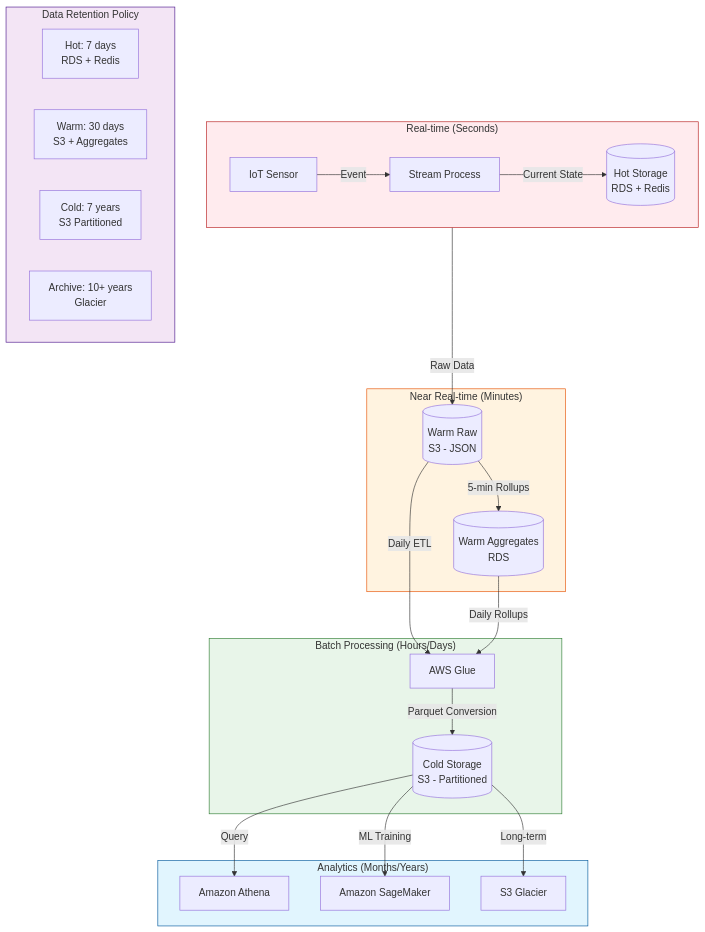
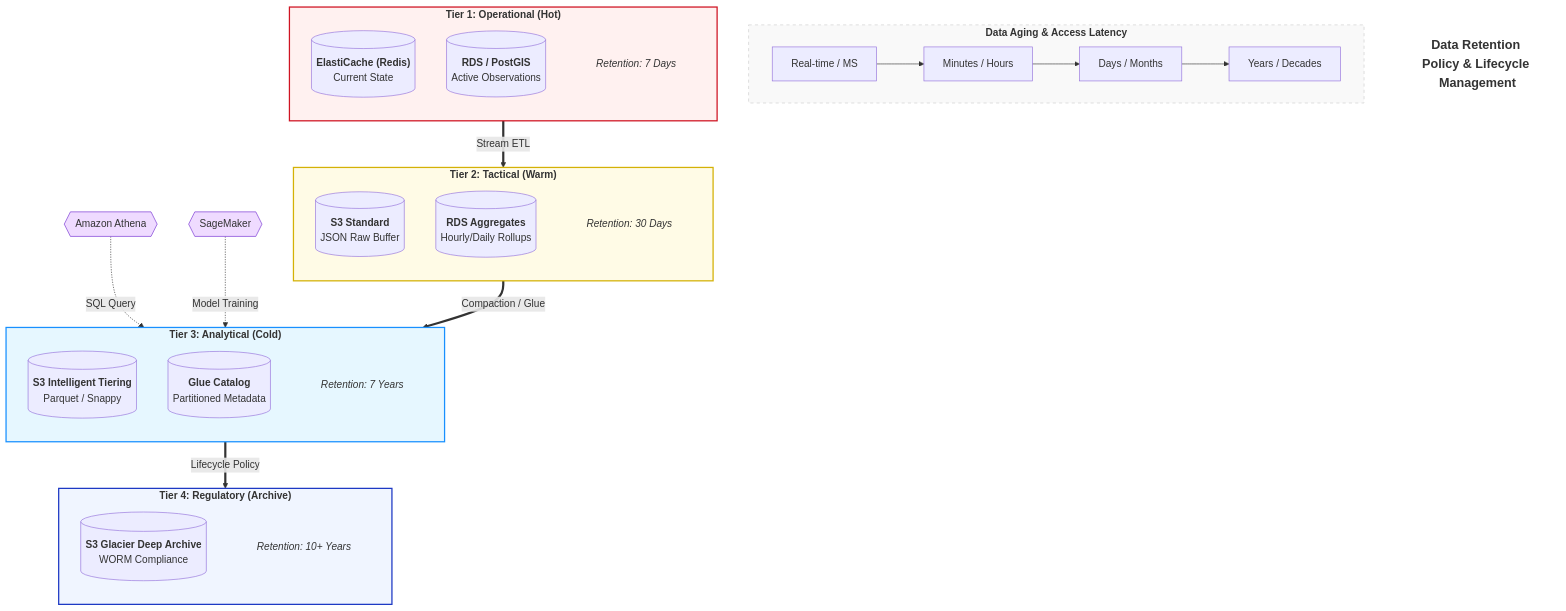
Before and after one commit to miguel-tronix/traific: the diagram in docs/data-retention-mermaid.mmd, drawn with Mermaid. The commit also changed 5 other files, not shown here.

Commit message:
architecture: add mermaid diagrams

```diff
--- a/docs/data-retention-mermaid.mmd
+++ b/docs/data-retention-mermaid.mmd
@@ -1,39 +1,62 @@
 graph TD
-    %% Time-based data flow
-    subgraph Realtime ["Real-time (Seconds)"]
+    %% Global Title
+    title["<b>Data Retention Policy & Lifecycle Management</b>"]
+    style title fill:#ffffff,stroke:none,font-size:20px
+
+    %% Timeline/Latency Guide
+    subgraph Timeline ["<b>Data Aging & Access Latency</b>"]
         direction LR
-        Sensor[IoT Sensor] -->|Event| Process[Stream Process]
-        Process -->|Current State| Hot[(Hot Storage\nRDS + Redis)]
+        T1[Real-time / MS] --> T2[Minutes / Hours] --> T3[Days / Months] --> T4[Years / Decades]
+    end
+    style Timeline fill:#f9f9f9,stroke:#ccc,stroke-dasharray: 5 5
+
+    %% Data Tiers
+    subgraph Hot ["<b>Tier 1: Operational (Hot)</b>"]
+        direction TB
+        H1[("<b>ElastiCache (Redis)</b><br/>Current State")]
+        H2[("<b>RDS / PostGIS</b><br/>Active Observations")]
+        noteH["Retention: 7 Days"]
     end
 
-    subgraph NearRealtime ["Near Real-time (Minutes)"]
-        Process -->|Raw Data| WarmRaw[(Warm Raw\nS3 - JSON)]
-        WarmRaw -->|5-min Rollups| WarmAgg[(Warm Aggregates\nRDS)]
+    subgraph Warm ["<b>Tier 2: Tactical (Warm)</b>"]
+        direction TB
+        W1[("<b>S3 Standard</b><br/>JSON Raw Buffer")]
+        W2[("<b>RDS Aggregates</b><br/>Hourly/Daily Rollups")]
+        noteW["Retention: 30 Days"]
     end
 
-    subgraph Batch ["Batch Processing (Hours/Days)"]
-        WarmRaw -->|Daily ETL| ETL[AWS Glue]
-        WarmAgg -->|Daily Rollups| ETL
-        ETL -->|Parquet Conversion| Cold[(Cold Storage\nS3 - Partitioned)]
+    subgraph Cold ["<b>Tier 3: Analytical (Cold)</b>"]
+        direction TB
+        C1[("<b>S3 Intelligent Tiering</b><br/>Parquet / Snappy")]
+        C2[("<b>Glue Catalog</b><br/>Partitioned Metadata")]
+        noteC["Retention: 7 Years"]
     end
 
-    subgraph Analytics ["Analytics (Months/Years)"]
-        Cold -->|Query| Athena[Amazon Athena]
-        Cold -->|ML Training| SageMaker[Amazon SageMaker]
-        Cold -->|Long-term| Glacier[S3 Glacier]
+    subgraph Archive ["<b>Tier 4: Regulatory (Archive)</b>"]
+        direction TB
+        A1[("<b>S3 Glacier Deep Archive</b><br/>WORM Compliance")]
+        noteA["Retention: 10+ Years"]
     end
 
-    subgraph DataRetention ["Data Retention Policy"]
-        direction LR
-        P1["Hot: 7 days\nRDS + Redis"]
-        P2["Warm: 30 days\nS3 + Aggregates"]
-        P3["Cold: 7 years\nS3 Partitioned"]
-        P4["Archive: 10+ years\nGlacier"]
-    end
+    %% Movement / ETL Logic
+    H2 ==>|Stream ETL| W1
+    W1 ==>|Compaction / Glue| C1
+    C1 ==>|Lifecycle Policy| A1
 
-    %% Styling
-    style Realtime fill:#ffebee,stroke:#b71c1c
-    style NearRealtime fill:#fff3e0,stroke:#e65100
-    style Batch fill:#e8f5e9,stroke:#2e7d32
-    style Analytics fill:#e1f5fe,stroke:#01579b
-    style DataRetention fill:#f3e5f5,stroke:#4a148c
+    %% Analytics Access
+    Athena{{Amazon Athena}} -.->|SQL Query| C1
+    SageMaker{{SageMaker}} -.->|Model Training| C1
+
+    %% Styling for Professionalism
+    style Hot fill:#fff1f0,stroke:#cf1322,stroke-width:2px
+    style Warm fill:#fffbe6,stroke:#d4b106,stroke-width:2px
+    style Cold fill:#e6f7ff,stroke:#1890ff,stroke-width:2px
+    style Archive fill:#f0f5ff,stroke:#1d39c4,stroke-width:2px
+    
+    style noteH fill:none,stroke:none,font-style:italic
+    style noteW fill:none,stroke:none,font-style:italic
+    style noteC fill:none,stroke:none,font-style:italic
+    style noteA fill:none,stroke:none,font-style:italic
+    
+    style Athena fill:#efdbff,stroke:#722ed1
+    style SageMaker fill:#efdbff,stroke:#722ed1
```
